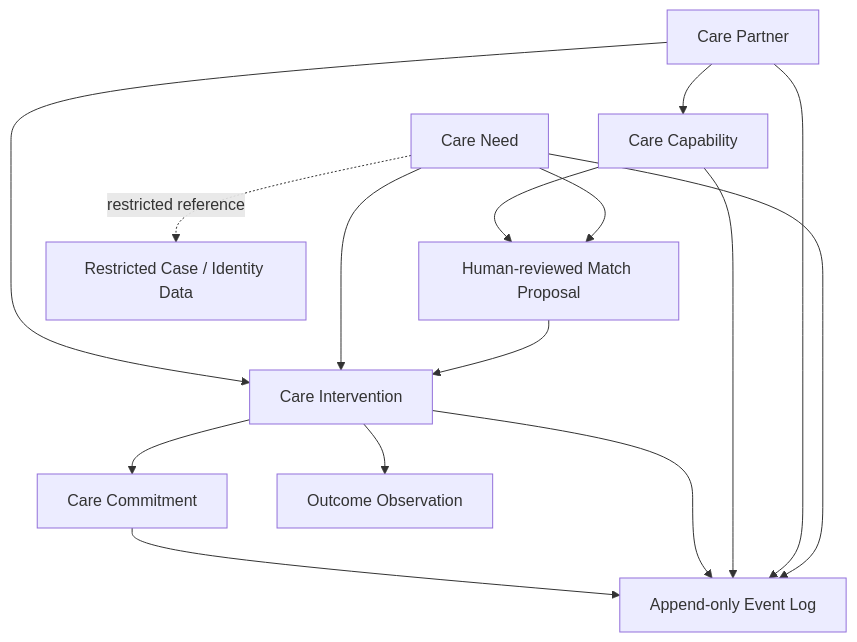
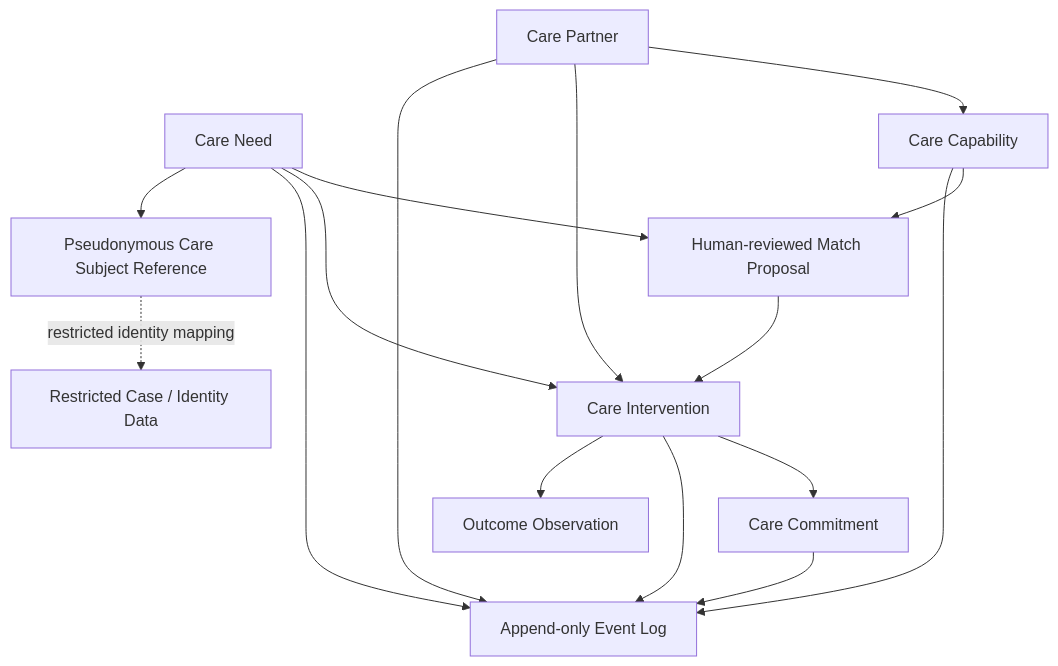
Before and after one commit to ObiwanKenobee/qrpay-web-new-file-v5.7.0: the diagram in docs/engineering/M028-orione-atlas-care-domain-foundation.md, drawn with Mermaid. The commit also changed other lines of this file, not shown here.

Commit message:
docs(M028): make participant identity and consent controls explicit

````diff
--- a/docs/engineering/M028-orione-atlas-care-domain-foundation.md
+++ b/docs/engineering/M028-orione-atlas-care-domain-foundation.md
@@ -120,27 +121,29 @@
 ```mermaid
 flowchart TD
   NEED[Care Need]
   PARTNER[Care Partner]
   CAP[Care Capability]
   MATCH[Human-reviewed Match Proposal]
   INTERVENTION[Care Intervention]
   COMMIT[Care Commitment]
   EVENT[Append-only Event Log]
   OUTCOME[Outcome Observation]
+  SUBJECT[Pseudonymous Care Subject Reference]
   CASE[Restricted Case / Identity Data]
 
   PARTNER --> CAP
   NEED --> MATCH
   CAP --> MATCH
   MATCH --> INTERVENTION
   NEED --> INTERVENTION
   PARTNER --> INTERVENTION
   INTERVENTION --> COMMIT
   NEED --> EVENT
   PARTNER --> EVENT
   CAP --> EVENT
   INTERVENTION --> EVENT
   COMMIT --> EVENT
   INTERVENTION --> OUTCOME
-  NEED -. restricted reference .-> CASE
+  NEED --> SUBJECT
+  SUBJECT -. restricted identity mapping .-> CASE
 ```
````
